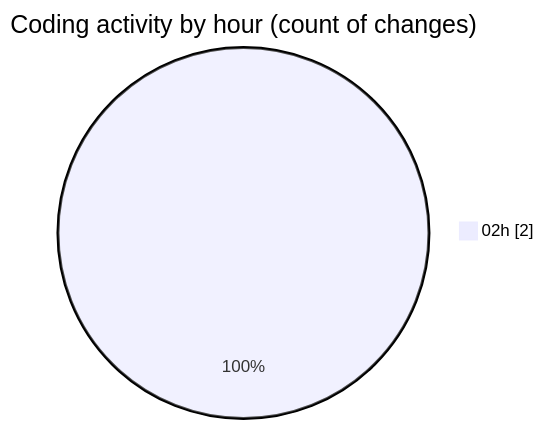
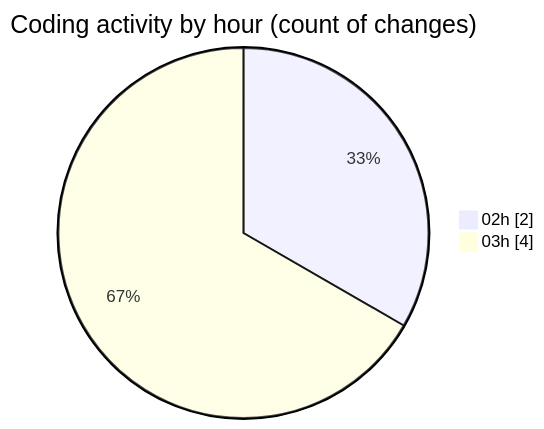
Before and after one commit to julien-gomy/code-tracking: the second of 2 diagrams in 2025-10-23/eventscop-api-guide__workspace_/README.md, drawn with Mermaid. The commit also changed other lines of this file and 1 other file, not shown here.

````diff
--- a/2025-10-23/eventscop-api-guide__workspace_/README.md
+++ b/2025-10-23/eventscop-api-guide__workspace_/README.md
@@ -28,5 +29,6 @@
 ```mermaid
 pie showData
 title Coding activity by hour (count of changes)
 "02h" : 2
+"03h" : 4
 ```
````
